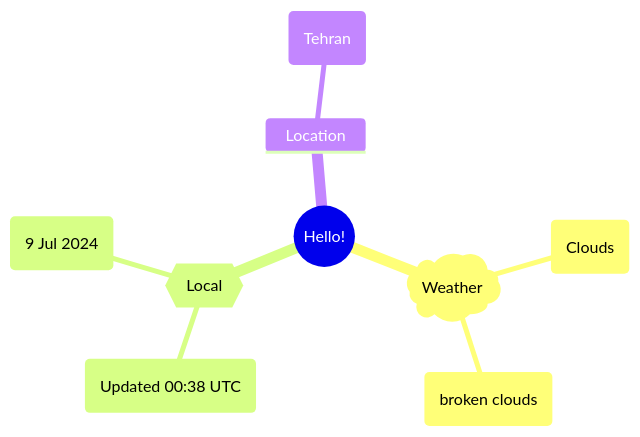
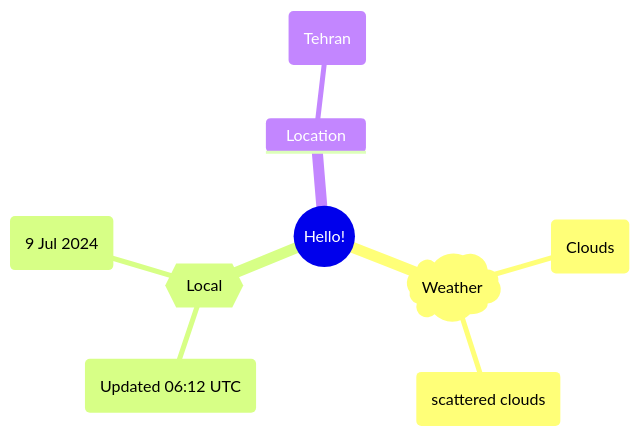
Before and after one commit to Xosrov/Xosrov: the first of 2 diagrams in README.md, drawn with Mermaid.

Commit message:
[bot] updated images

````diff
--- a/README.md
+++ b/README.md
@@ -3,12 +3,12 @@
 ```mermaid
 mindmap
   root((Hello!))
     )Weather(
         (Clouds)
-        (broken clouds)
+        (scattered clouds)
     {{Local}}
-        (Updated 00:38 UTC)
+        (Updated 06:12 UTC)
         (9 Jul 2024)
     Location
         (Tehran)
 ```
````
